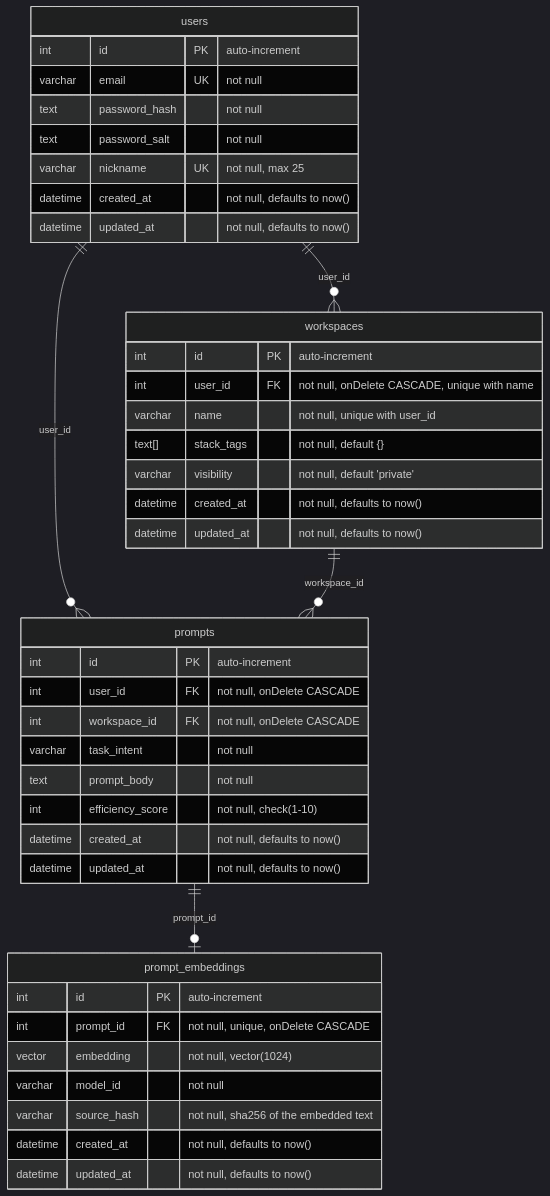
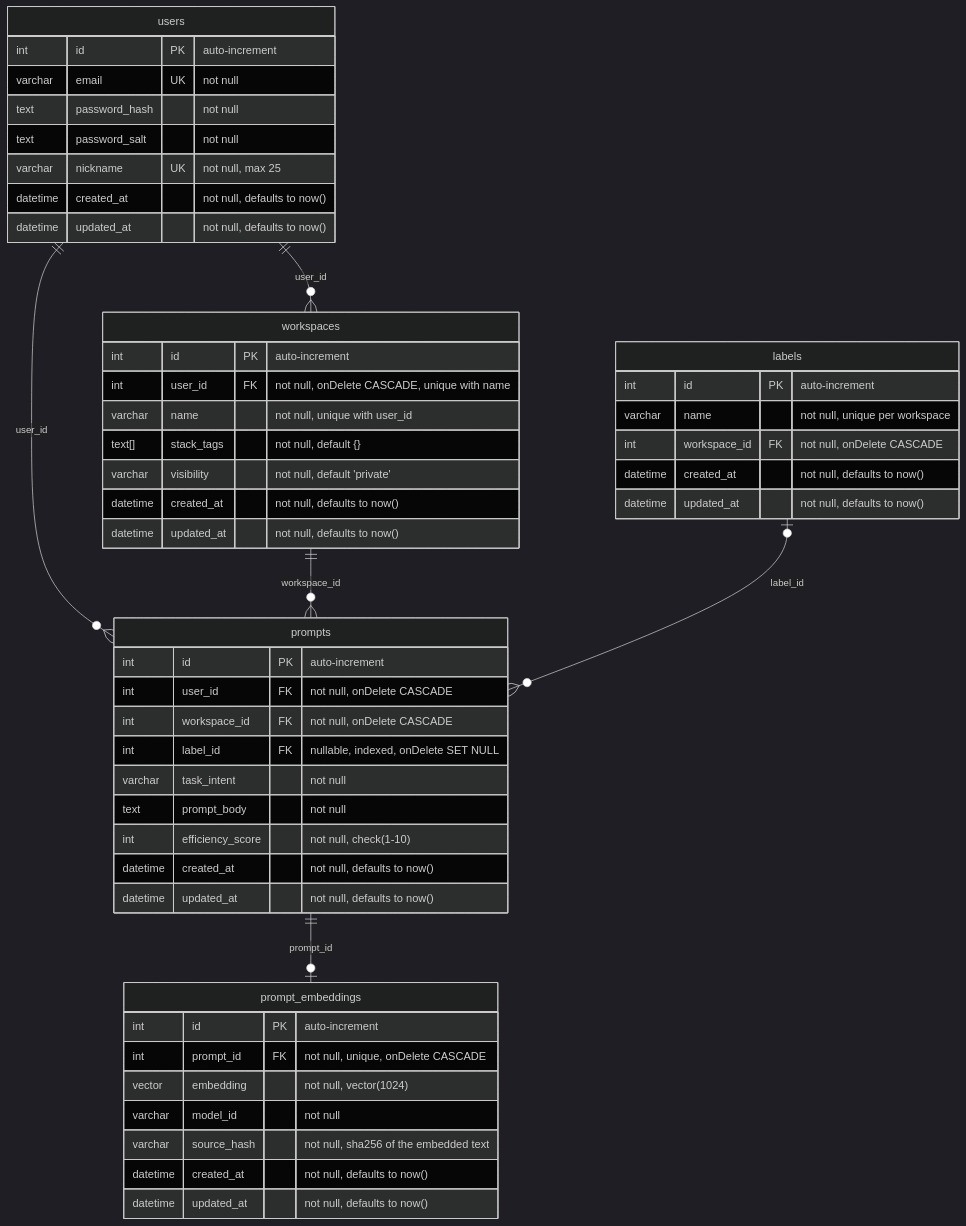
The diagram in readme.md (BinaryStudioAcademy/bsa-2026-promtomat), drawn with Mermaid (dark theme) before and after one commit. The commit also changed 122 other files, not shown here.

````diff
--- a/readme.md
+++ b/readme.md
@@ -42,48 +42,58 @@
 ```mermaid
 erDiagram
     users ||--o{ prompts : "user_id"
     workspaces ||--o{ prompts : "workspace_id"
+    labels |o--o{ prompts : "label_id"
     users ||--o{ workspaces : "user_id"
     prompts ||--o| prompt_embeddings : "prompt_id"
 
     users {
         int id PK "auto-increment"
         varchar email UK "not null"
         text password_hash "not null"
         text password_salt "not null"
         varchar nickname UK "not null, max 25"
         datetime created_at "not null, defaults to now()"
         datetime updated_at "not null, defaults to now()"
     }
 
     workspaces {
         int id PK "auto-increment"
         int user_id FK "not null, onDelete CASCADE, unique with name"
         varchar name "not null, unique with user_id"
         text[] stack_tags "not null, default {}"
         varchar visibility "not null, default 'private'"
         datetime created_at "not null, defaults to now()"
         datetime updated_at "not null, defaults to now()"
     }
 
+    labels {
+        int id PK "auto-increment"
+        varchar name "not null, unique per workspace"
+        int workspace_id FK "not null, onDelete CASCADE"
+        datetime created_at "not null, defaults to now()"
+        datetime updated_at "not null, defaults to now()"
+    }
+
     prompts {
         int id PK "auto-increment"
         int user_id FK "not null, onDelete CASCADE"
         int workspace_id FK "not null, onDelete CASCADE"
+        int label_id FK "nullable, indexed, onDelete SET NULL"
         varchar task_intent "not null"
         text prompt_body "not null"
         int efficiency_score "not null, check(1-10)"
         datetime created_at "not null, defaults to now()"
         datetime updated_at "not null, defaults to now()"
     }
 
     prompt_embeddings {
         int id PK "auto-increment"
         int prompt_id FK "not null, unique, onDelete CASCADE"
         vector embedding "not null, vector(1024)"
         varchar model_id "not null"
         varchar source_hash "not null, sha256 of the embedded text"
         datetime created_at "not null, defaults to now()"
         datetime updated_at "not null, defaults to now()"
     }
 ```
````
